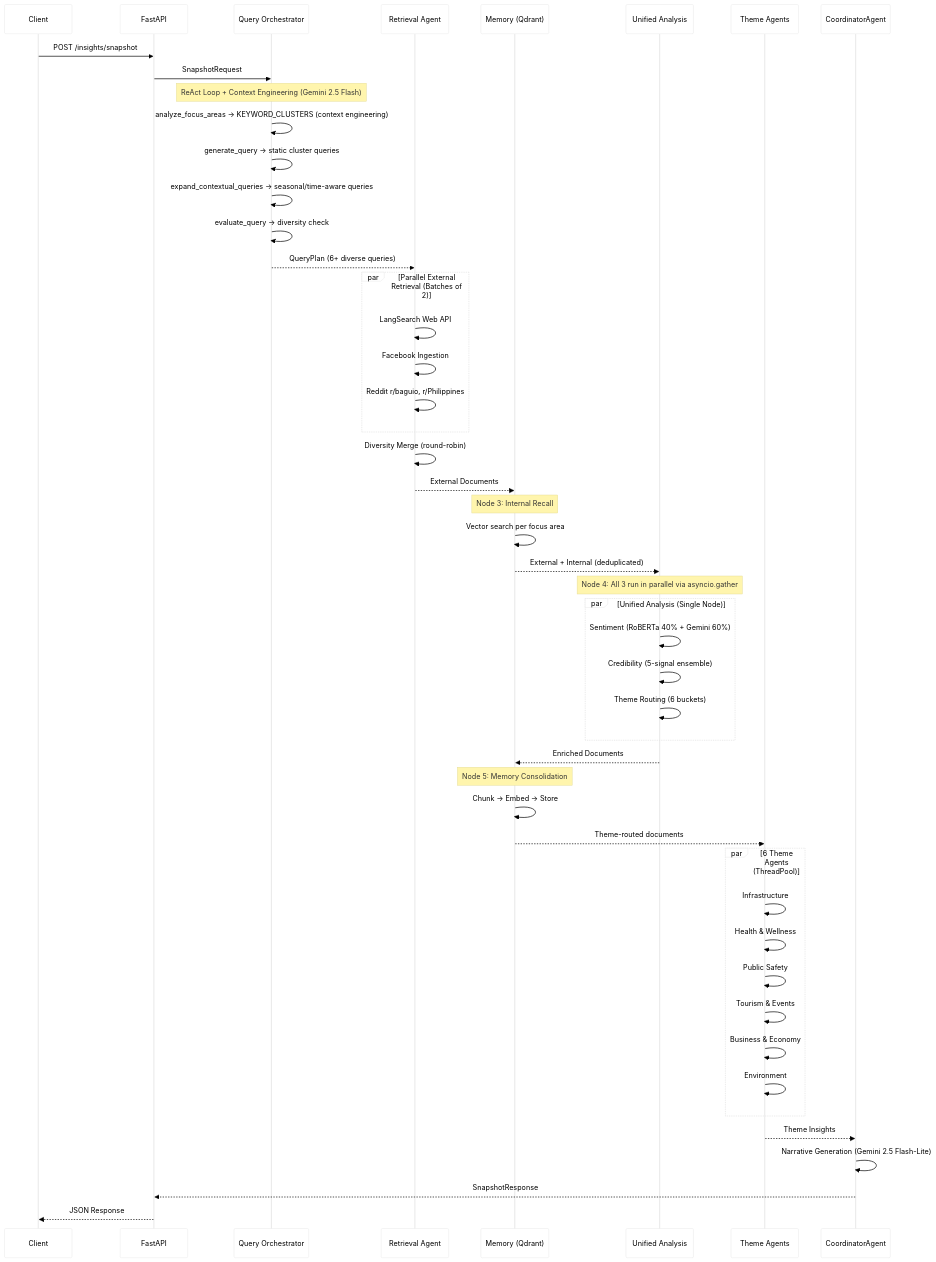
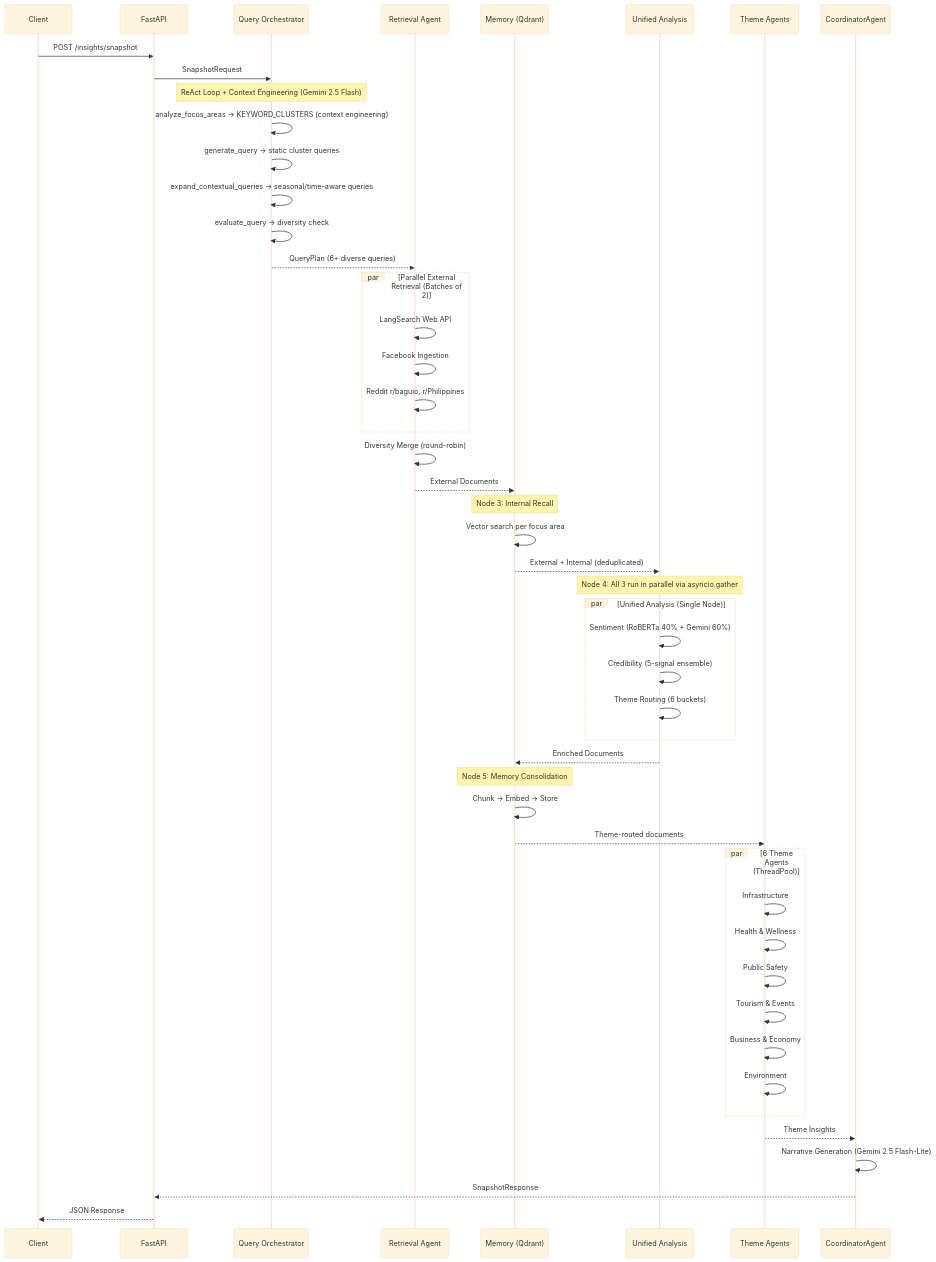
The second of 8 diagrams in docs/ARCHITECTURE.md (donyelqt/Hinaing), drawn with Mermaid before and after one commit. The commit also changed other lines of this file, not shown here.

First line of the commit message:
docs(architecture): simplify Mermaid diagram theme configurations

````diff
--- a/docs/ARCHITECTURE.md
+++ b/docs/ARCHITECTURE.md
@@ -244,68 +231,63 @@
 ```mermaid
 %%{init: {'theme': 'base', 'themeVariables': {
-  'primaryColor': '#ffffff',
-  'primaryTextColor': '#000000',
-  'secondaryColor': '#f0f0f0',
   'primaryFontSize': '14px',
-  'secondaryFontSize': '12px',
-  'actorBackgroundColor': '#ffffff',
-  'actorBorderColor': '#333333'
-}}}%%
+  'secondaryFontSize': '12px'
+ }}}%%
 sequenceDiagram
     participant Client
     participant API as FastAPI
     participant QO as Query Orchestrator
     participant RA as Retrieval Agent
     participant MEM as Memory (Qdrant)
     participant ANALYZE as Unified Analysis
     participant TA as Theme Agents
     participant GC as CoordinatorAgent
 
     Client->>API: POST /insights/snapshot
     API->>QO: SnapshotRequest
     
     Note over QO: ReAct Loop + Context Engineering (Gemini 2.5 Flash)
     QO->>QO: analyze_focus_areas → KEYWORD_CLUSTERS (context engineering)
     QO->>QO: generate_query → static cluster queries
     QO->>QO: expand_contextual_queries → seasonal/time-aware queries
     QO->>QO: evaluate_query → diversity check
     QO-->>RA: QueryPlan (6+ diverse queries)
 
     par Parallel External Retrieval (Batches of 2)
         RA->>RA: LangSearch Web API
         RA->>RA: Facebook Ingestion
         RA->>RA: Reddit r/baguio, r/Philippines
     end
     RA->>RA: Diversity Merge (round-robin)
     RA-->>MEM: External Documents
 
     Note over MEM: Node 3: Internal Recall
     MEM->>MEM: Vector search per focus area
     MEM-->>ANALYZE: External + Internal (deduplicated)
 
     Note over ANALYZE: Node 4: All 3 run in parallel via asyncio.gather
     par Unified Analysis (Single Node)
         ANALYZE->>ANALYZE: Sentiment (RoBERTa 40% + Gemini 60%)
         ANALYZE->>ANALYZE: Credibility (5-signal ensemble)
         ANALYZE->>ANALYZE: Theme Routing (6 buckets)
     end
     ANALYZE-->>MEM: Enriched Documents
 
     Note over MEM: Node 5: Memory Consolidation
     MEM->>MEM: Chunk → Embed → Store
     MEM-->>TA: Theme-routed documents
 
     par 6 Theme Agents (ThreadPool)
         TA->>TA: Infrastructure
         TA->>TA: Health & Wellness
         TA->>TA: Public Safety
         TA->>TA: Tourism & Events
         TA->>TA: Business & Economy
         TA->>TA: Environment
     end
     TA-->>GC: Theme Insights
 
     GC->>GC: Narrative Generation (Gemini 2.5 Flash-Lite)
     GC-->>API: SnapshotResponse
     API-->>Client: JSON Response
 ```
````
